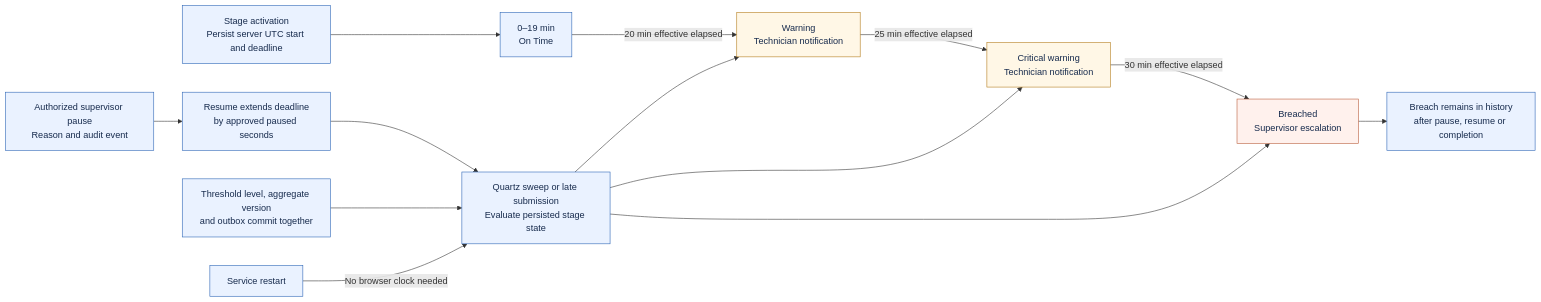
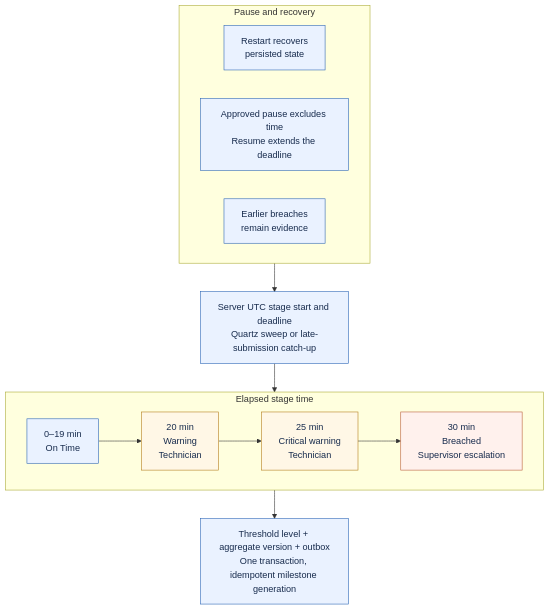
Before and after one commit to tousif-anwar/fieldops3600: the diagram in docs/presentation/diagrams/09-sla-lifecycle.mmd, drawn with Mermaid. The commit also changed other lines of this file and 106 other files, not shown here.

```diff
--- a/docs/presentation/diagrams/09-sla-lifecycle.mmd
+++ b/docs/presentation/diagrams/09-sla-lifecycle.mmd
@@ -1,20 +1,23 @@
-%% Production-default policy in minutes; demo override uses seconds only in Development.
-flowchart LR
-  Start["Stage activation<br/>Persist server UTC start and deadline"] --> OnTime["0–19 min<br/>On Time"]
-  OnTime -->|"20 min effective elapsed"| Warning["Warning<br/>Technician notification"]
-  Warning -->|"25 min effective elapsed"| Critical["Critical warning<br/>Technician notification"]
-  Critical -->|"30 min effective elapsed"| Breach["Breached<br/>Supervisor escalation"]
-  Sweep["Quartz sweep or late submission<br/>Evaluate persisted stage state"] --> Warning
-  Sweep --> Critical
-  Sweep --> Breach
-  Pause["Authorized supervisor pause<br/>Reason and audit event"] --> Resume["Resume extends deadline<br/>by approved paused seconds"]
-  Resume --> Sweep
-  Breach --> History["Breach remains in history<br/>after pause, resume or completion"]
-  Persist["Threshold level, aggregate version<br/>and outbox commit together"] --> Sweep
-  Restart["Service restart"] -->|"No browser clock needed"| Sweep
+%% Default policy in minutes. Development demo substitutes seconds explicitly.
+flowchart TB
+  Clock["Server UTC stage start and deadline<br/>Quartz sweep or late-submission catch-up"] --> Timeline
+  subgraph Timeline["Elapsed stage time"]
+    direction LR
+    OnTime["0–19 min<br/>On Time"] --> Warning["20 min<br/>Warning<br/>Technician"]
+    Warning --> Critical["25 min<br/>Critical warning<br/>Technician"]
+    Critical --> Breach["30 min<br/>Breached<br/>Supervisor escalation"]
+  end
+  Timeline --> Commit["Threshold level + aggregate version + outbox<br/>One transaction, idempotent milestone generation"]
+  subgraph Controls["Pause and recovery"]
+    direction LR
+    Restart["Restart recovers<br/>persisted state"]
+    Pause["Approved pause excludes time<br/>Resume extends the deadline"]
+    History["Earlier breaches<br/>remain evidence"]
+  end
+  Controls --> Clock
   classDef normal fill:#EAF2FF,stroke:#2862B4,color:#172B4D
   classDef warning fill:#FFF7E6,stroke:#B27A17,color:#172B4D
   classDef breach fill:#FFF1ED,stroke:#B85A38,color:#172B4D
-  class Start,OnTime,Pause,Resume,Persist,Restart,Sweep,History normal
+  class OnTime,Clock,Commit,Restart,Pause,History normal
   class Warning,Critical warning
   class Breach breach
```
